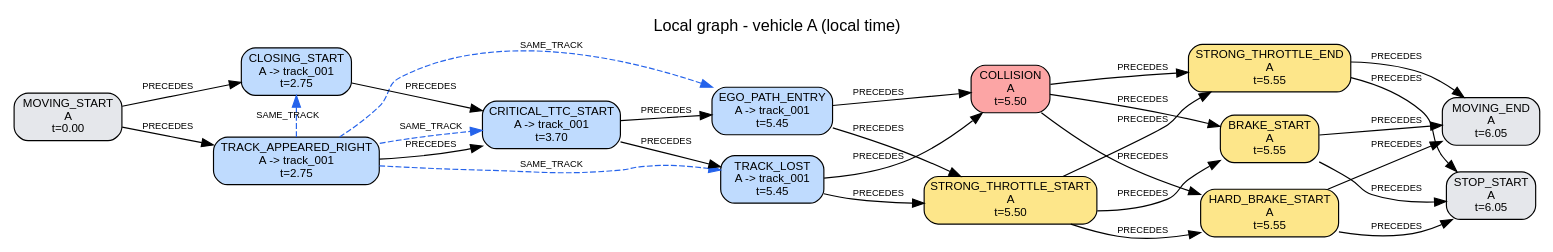
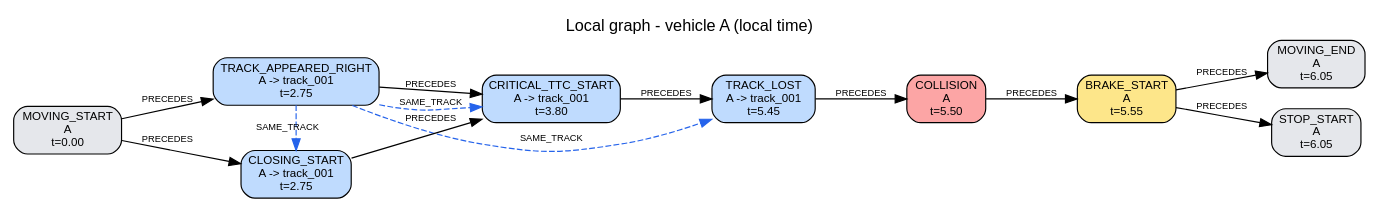
The diagram in traces/S11/run_0_rolls_through/reconstruction/A/local_graph.dot (AndreaBedei1/causaldrive-forensics), drawn with Graphviz before and after one commit. The commit also changed 1263 other files, not shown here.

```diff
--- a/traces/S11/run_0_rolls_through/reconstruction/A/local_graph.dot
+++ b/traces/S11/run_0_rolls_through/reconstruction/A/local_graph.dot
@@ -1,49 +1,28 @@
 digraph "local_A" {
   graph [rankdir=LR, labelloc=t, fontname=Helvetica, label="Local graph - vehicle A (local time)"];
   node [shape=box, style="rounded,filled", fontname=Helvetica, fontsize=10];
   edge [fontname=Helvetica, fontsize=8];
   "A:e01" [label="MOVING_START\nA\nt=0.00", fillcolor="#e5e7eb"];
   "A:e02" [label="TRACK_APPEARED_RIGHT\nA -> track_001\nt=2.75", fillcolor="#bfdbfe"];
   "A:e03" [label="CLOSING_START\nA -> track_001\nt=2.75", fillcolor="#bfdbfe"];
-  "A:e04" [label="CRITICAL_TTC_START\nA -> track_001\nt=3.70", fillcolor="#bfdbfe"];
-  "A:e05" [label="EGO_PATH_ENTRY\nA -> track_001\nt=5.45", fillcolor="#bfdbfe"];
-  "A:e06" [label="TRACK_LOST\nA -> track_001\nt=5.45", fillcolor="#bfdbfe"];
-  "A:e07" [label="COLLISION\nA\nt=5.50", fillcolor="#fca5a5"];
-  "A:e08" [label="STRONG_THROTTLE_START\nA\nt=5.50", fillcolor="#fde68a"];
-  "A:e09" [label="STRONG_THROTTLE_END\nA\nt=5.55", fillcolor="#fde68a"];
-  "A:e10" [label="BRAKE_START\nA\nt=5.55", fillcolor="#fde68a"];
-  "A:e11" [label="HARD_BRAKE_START\nA\nt=5.55", fillcolor="#fde68a"];
-  "A:e12" [label="MOVING_END\nA\nt=6.05", fillcolor="#e5e7eb"];
-  "A:e13" [label="STOP_START\nA\nt=6.05", fillcolor="#e5e7eb"];
+  "A:e04" [label="CRITICAL_TTC_START\nA -> track_001\nt=3.80", fillcolor="#bfdbfe"];
+  "A:e05" [label="TRACK_LOST\nA -> track_001\nt=5.45", fillcolor="#bfdbfe"];
+  "A:e06" [label="COLLISION\nA\nt=5.50", fillcolor="#fca5a5"];
+  "A:e07" [label="BRAKE_START\nA\nt=5.55", fillcolor="#fde68a"];
+  "A:e08" [label="MOVING_END\nA\nt=6.05", fillcolor="#e5e7eb"];
+  "A:e09" [label="STOP_START\nA\nt=6.05", fillcolor="#e5e7eb"];
   {rank=same; "A:e02"; "A:e03";}
-  {rank=same; "A:e05"; "A:e06";}
-  {rank=same; "A:e07"; "A:e08";}
-  {rank=same; "A:e09"; "A:e10"; "A:e11";}
-  {rank=same; "A:e12"; "A:e13";}
+  {rank=same; "A:e08"; "A:e09";}
   "A:e01" -> "A:e02" [label="PRECEDES"];
   "A:e01" -> "A:e03" [label="PRECEDES"];
   "A:e02" -> "A:e04" [label="PRECEDES"];
   "A:e03" -> "A:e04" [label="PRECEDES"];
   "A:e04" -> "A:e05" [label="PRECEDES"];
-  "A:e04" -> "A:e06" [label="PRECEDES"];
-  "A:e05" -> "A:e07" [label="PRECEDES"];
-  "A:e05" -> "A:e08" [label="PRECEDES"];
+  "A:e05" -> "A:e06" [label="PRECEDES"];
   "A:e06" -> "A:e07" [label="PRECEDES"];
-  "A:e06" -> "A:e08" [label="PRECEDES"];
+  "A:e07" -> "A:e08" [label="PRECEDES"];
   "A:e07" -> "A:e09" [label="PRECEDES"];
-  "A:e07" -> "A:e10" [label="PRECEDES"];
-  "A:e07" -> "A:e11" [label="PRECEDES"];
-  "A:e08" -> "A:e09" [label="PRECEDES"];
-  "A:e08" -> "A:e10" [label="PRECEDES"];
-  "A:e08" -> "A:e11" [label="PRECEDES"];
-  "A:e09" -> "A:e12" [label="PRECEDES"];
-  "A:e09" -> "A:e13" [label="PRECEDES"];
-  "A:e10" -> "A:e12" [label="PRECEDES"];
-  "A:e10" -> "A:e13" [label="PRECEDES"];
-  "A:e11" -> "A:e12" [label="PRECEDES"];
-  "A:e11" -> "A:e13" [label="PRECEDES"];
   "A:e02" -> "A:e03" [label="SAME_TRACK", style=dashed, color="#2563eb", constraint=false];
   "A:e02" -> "A:e04" [label="SAME_TRACK", style=dashed, color="#2563eb", constraint=false];
   "A:e02" -> "A:e05" [label="SAME_TRACK", style=dashed, color="#2563eb", constraint=false];
-  "A:e02" -> "A:e06" [label="SAME_TRACK", style=dashed, color="#2563eb", constraint=false];
 }
```
